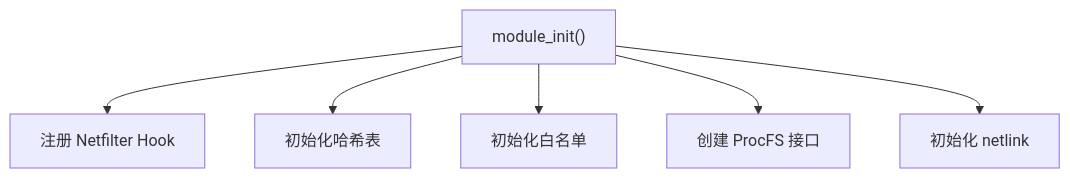
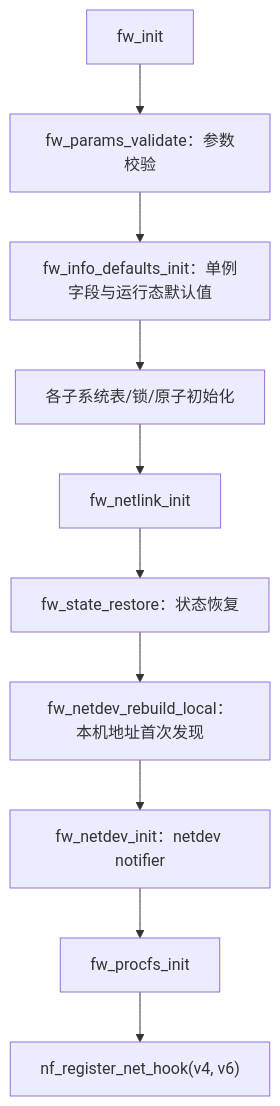
The third of 4 diagrams in docs/zh/architecture/kernel-module.md (SnowCore8/linux-firewall-kmod), drawn with Mermaid before and after one commit. The commit also changed other lines of this file and 5 other files, not shown here.

First line of the commit message:
docs(kmod): rewrite the kernel module architecture doc for the Phase 1 design

````diff
--- a/docs/zh/architecture/kernel-module.md
+++ b/docs/zh/architecture/kernel-module.md
@@ -257,8 +430,12 @@
 ```mermaid
 graph TB
-    A["module_init()"] --> B["注册 Netfilter Hook"]
-    A --> C["初始化哈希表"]
-    A --> D["初始化白名单"]
-    A --> E["创建 ProcFS 接口"]
-    A --> F["初始化 netlink"]
+    A["fw_init"] --> B["fw_params_validate：参数校验"]
+    B --> C["fw_info_defaults_init：单例字段与运行态默认值"]
+    C --> D["各子系统表/锁/原子初始化"]
+    D --> E["fw_netlink_init"]
+    E --> F["fw_state_restore：状态恢复"]
+    F --> G["fw_netdev_rebuild_local：本机地址首次发现"]
+    G --> H["fw_netdev_init：netdev notifier"]
+    H --> I["fw_procfs_init"]
+    I --> J["nf_register_net_hook(v4, v6)"]
 ```
````
